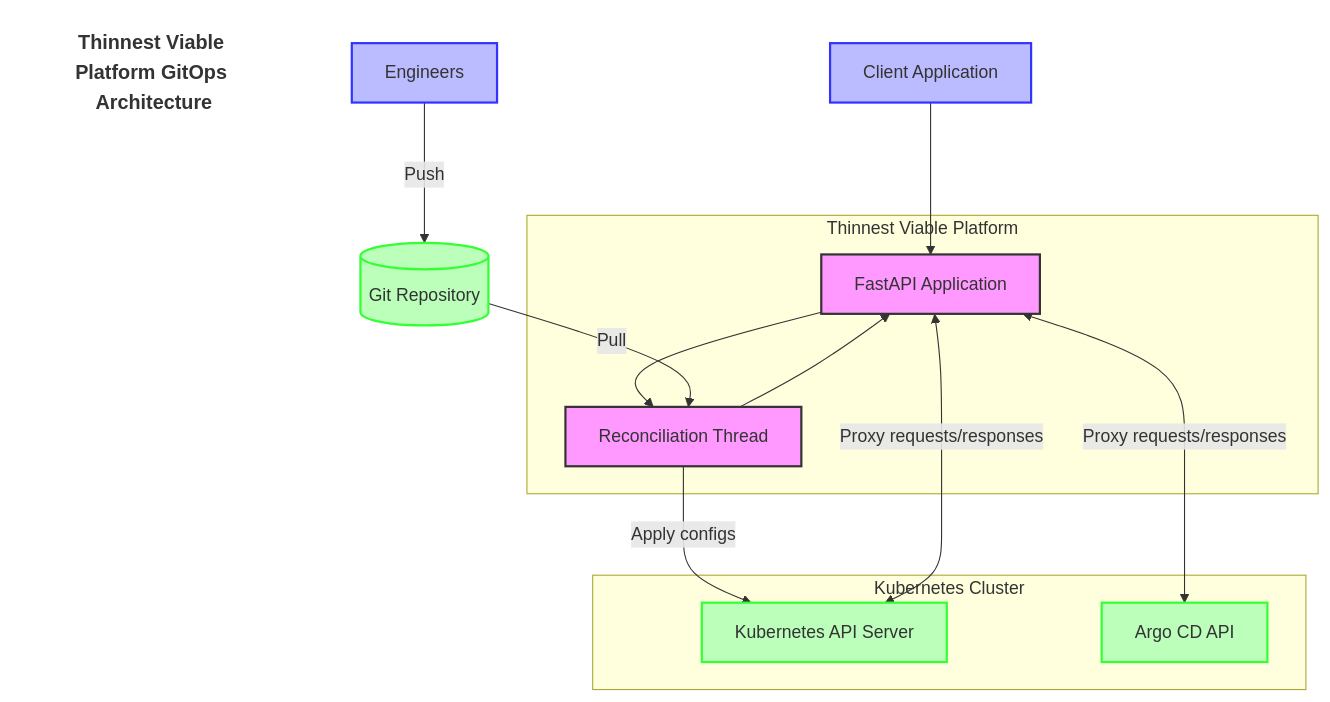
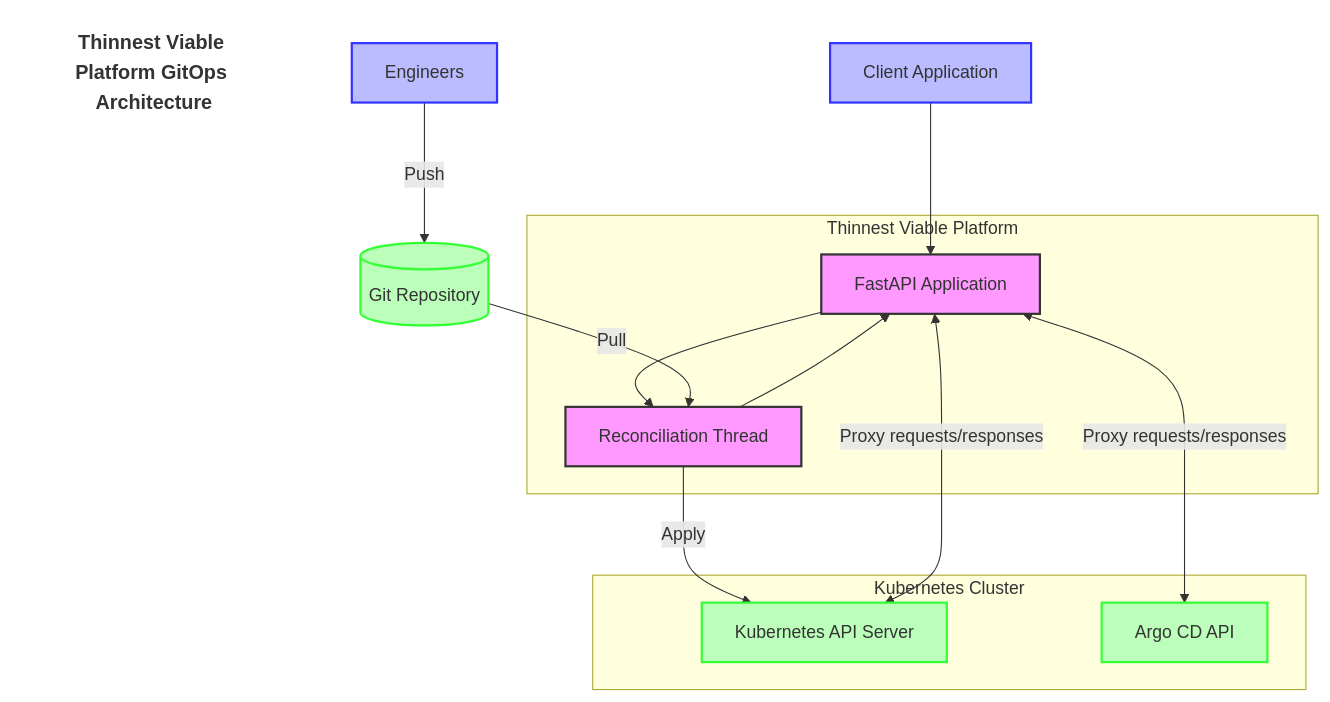
One commit to lloydchang/tvp-k8s changed the diagram in fastapi/mermaid/tvp-gitops-architecture-diagram.mermaid. Above: the diagram before and after it, drawn with Mermaid.

```diff
--- a/fastapi/mermaid/tvp-gitops-architecture-diagram.mermaid
+++ b/fastapi/mermaid/tvp-gitops-architecture-diagram.mermaid
@@ -1,31 +1,31 @@
 flowchart TB
     title[Thinnest Viable Platform GitOps Architecture]
     style title fill:none,stroke:none,font-size:18px,font-weight:bold
     subgraph "Thinnest Viable Platform"
         API[FastAPI Application]
         RT[Reconciliation Thread]
         
         API --> RT
         RT --> API
     end
     
     Eng[Engineers] -->|Push| GitRepo[(Git Repository)]
     GitRepo -->|Pull| RT
-    RT -->|Apply configs| KubernetesAPI
+    RT -->|Apply| KubernetesAPI
     
     subgraph "Kubernetes Cluster"
         KubernetesAPI[Kubernetes API Server]
         ArgoCD[Argo CD API]
     end
     
     Client[Client Application] --> API
     API <-->|Proxy requests/responses| KubernetesAPI
     API <-->|Proxy requests/responses| ArgoCD
     
     classDef platform fill:#f9f,stroke:#333,stroke-width:2px
     classDef external fill:#bfb,stroke:#3f3,stroke-width:2px
     classDef user fill:#bbf,stroke:#33f,stroke-width:2px
     
     class API,RT platform
     class KubernetesAPI,ArgoCD,GitRepo external
     class Eng,Client user
```
